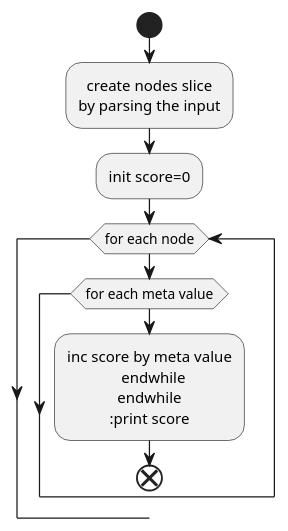
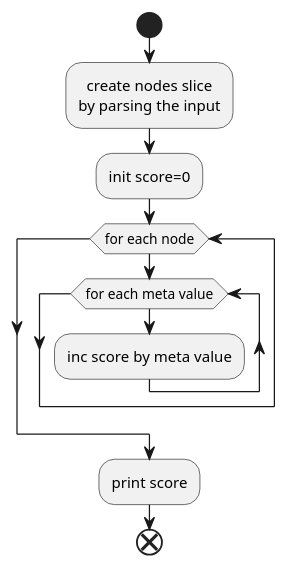
Before and after one commit to rdmueller/aoc-2018: the second of 3 diagrams in day08/go/anoff/README.adoc, drawn with PlantUML. The commit also changed 1 other file, not shown here.

Commit message:
:ant: fix: doc errors

```diff
--- a/day08/go/anoff/README.adoc
+++ b/day08/go/anoff/README.adoc
@@ -56,19 +56,19 @@
 [plantuml, day08-part1, png]
 ....
 @startuml
 skinparam defaulttextalignment center
 skinparam monochrome true
 skinparam shadowing false
 start
 :create nodes slice
 by parsing the input;
 :init score=0;
 while (for each node)
   while (for each meta value)
-    :inc score by meta value
+    :inc score by meta value;
   endwhile
 endwhile
 :print score;
 end
 @enduml
 ....
```
